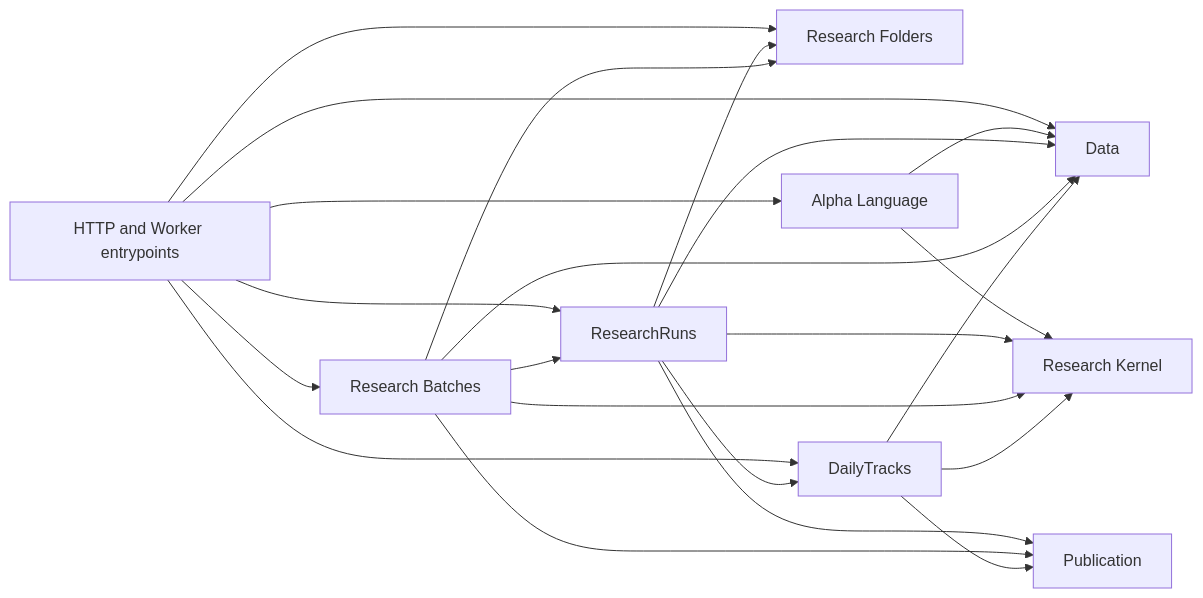
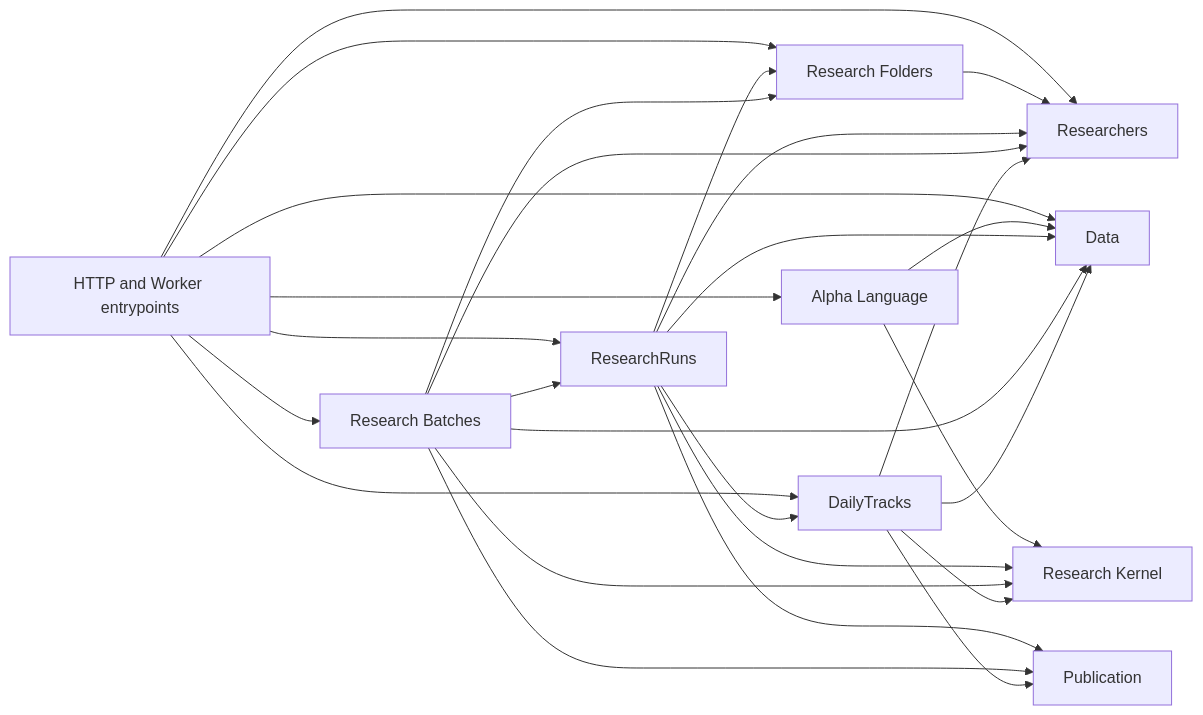
One commit to humeo/thesistrace changed the second of 2 diagrams in docs/architecture/core.md. Above: the diagram before and after it, drawn with Mermaid. The commit also changed other lines of this file and 5 other files, not shown here.

````diff
--- a/docs/architecture/core.md
+++ b/docs/architecture/core.md
@@ -312,24 +309,29 @@
 ```mermaid
 flowchart LR
     E["HTTP and Worker entrypoints"] --> F["Research Folders"]
+    E --> U["Researchers"]
     E --> R["ResearchRuns"]
     E --> B["Research Batches"]
     E --> T["DailyTracks"]
     E --> A["Data"]
     E --> L["Alpha Language"]
     L --> A
     L --> K["Research Kernel"]
+    F --> U
+    R --> U
+    B --> U
+    T --> U
     R --> F
     R --> A
     R --> K
     R --> P["Publication"]
     R --> T
     B --> F
     B --> R
     B --> A
     B --> K
     B --> P
     T --> A
     T --> K
     T --> P
 ```
````
